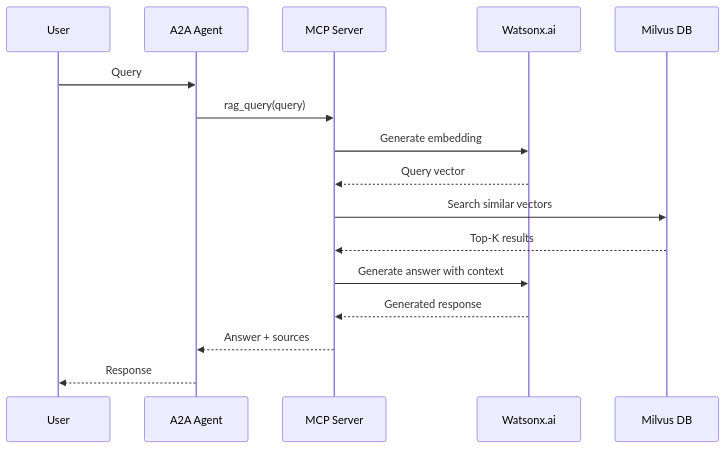
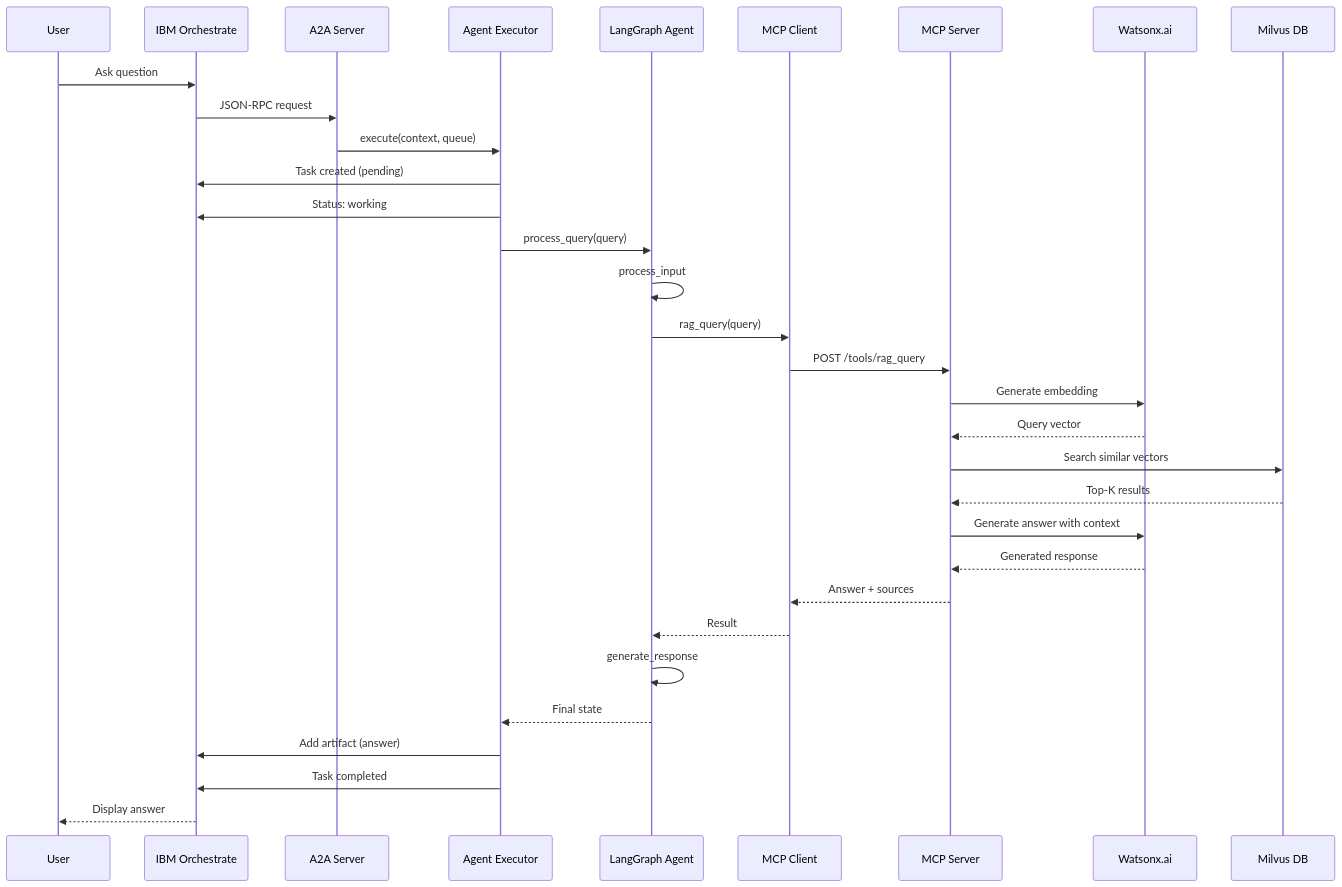
The second of 2 diagrams in docs/docs/rag/overview.md (binnes/a2a), drawn with Mermaid before and after one commit. The commit also changed other lines of this file and 30 other files, not shown here.

````diff
--- a/docs/docs/rag/overview.md
+++ b/docs/docs/rag/overview.md
@@ -61,19 +121,37 @@
 ```mermaid
 sequenceDiagram
     participant User
-    participant Agent as A2A Agent
-    participant MCP as MCP Server
+    participant Orchestrate as IBM Orchestrate
+    participant Server as A2A Server
+    participant Executor as Agent Executor
+    participant Agent as LangGraph Agent
+    participant MCP as MCP Client
+    participant MCPS as MCP Server
     participant Watsonx as Watsonx.ai
     participant Milvus as Milvus DB
     
-    User->>Agent: Query
+    User->>Orchestrate: Ask question
+    Orchestrate->>Server: JSON-RPC request
+    Server->>Executor: execute(context, queue)
+    Executor->>Orchestrate: Task created (pending)
+    Executor->>Orchestrate: Status: working
+    
+    Executor->>Agent: process_query(query)
+    Agent->>Agent: process_input
     Agent->>MCP: rag_query(query)
-    MCP->>Watsonx: Generate embedding
-    Watsonx-->>MCP: Query vector
-    MCP->>Milvus: Search similar vectors
-    Milvus-->>MCP: Top-K results
-    MCP->>Watsonx: Generate answer with context
-    Watsonx-->>MCP: Generated response
-    MCP-->>Agent: Answer + sources
-    Agent-->>User: Response
+    MCP->>MCPS: POST /tools/rag_query
+    MCPS->>Watsonx: Generate embedding
+    Watsonx-->>MCPS: Query vector
+    MCPS->>Milvus: Search similar vectors
+    Milvus-->>MCPS: Top-K results
+    MCPS->>Watsonx: Generate answer with context
+    Watsonx-->>MCPS: Generated response
+    MCPS-->>MCP: Answer + sources
+    MCP-->>Agent: Result
+    Agent->>Agent: generate_response
+    Agent-->>Executor: Final state
+    
+    Executor->>Orchestrate: Add artifact (answer)
+    Executor->>Orchestrate: Task completed
+    Orchestrate-->>User: Display answer
 ```
````
